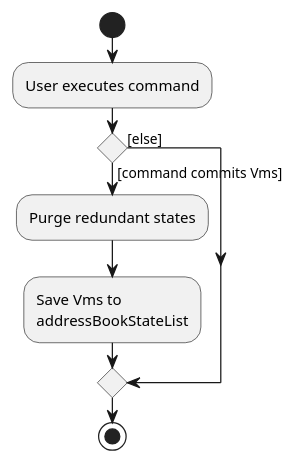
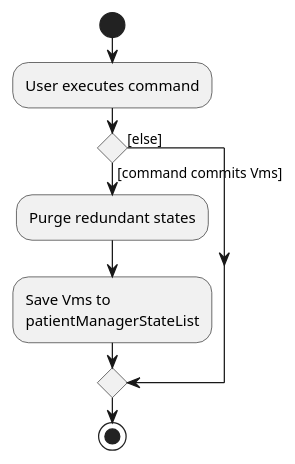
One commit to nus-cs2103-AY2223S2/tp changed the diagram in docs/diagrams/CommitActivityDiagram.puml. Above: the diagram before and after it, drawn with PlantUML. The commit also changed 69 other files, not shown here.

First line of the commit message:
Rename addressBook -> patientManager

```diff
--- a/docs/diagrams/CommitActivityDiagram.puml
+++ b/docs/diagrams/CommitActivityDiagram.puml
@@ -1,15 +1,15 @@
 @startuml
 start
 :User executes command;
 
 'Since the beta syntax does not support placing the condition outside the
 'diamond we place it as the true branch instead.
 
 if () then ([command commits Vms])
     :Purge redundant states;
     :Save Vms to
-    addressBookStateList;
+    patientManagerStateList;
 else ([else])
 endif
 stop
 @enduml
```
